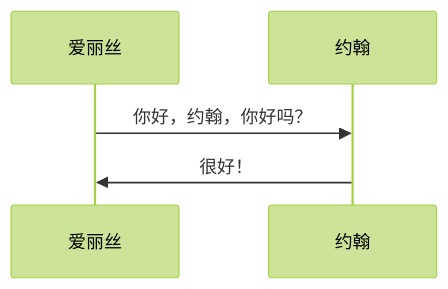
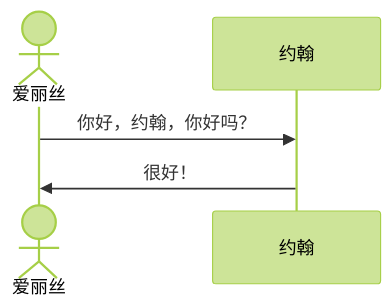
Diagram 20 of 35 in 了不起的Markdown/9.mermaid深入学习.md (minrrww/vs_code_cpp), drawn with Mermaid (forest theme) before and after one commit. The commit also changed other lines of this file and 2 other files, not shown here.

````diff
--- a/了不起的Markdown/9.mermaid深入学习.md
+++ b/了不起的Markdown/9.mermaid深入学习.md
@@ -245,7 +259,7 @@
 ```mermaid
 sequenceDiagram
-    participant A as 爱丽丝
+    actor A as 爱丽丝
     participant J as 约翰
     A->>J: 你好，约翰，你好吗？
     J->>A: 很好！
 ```
````
